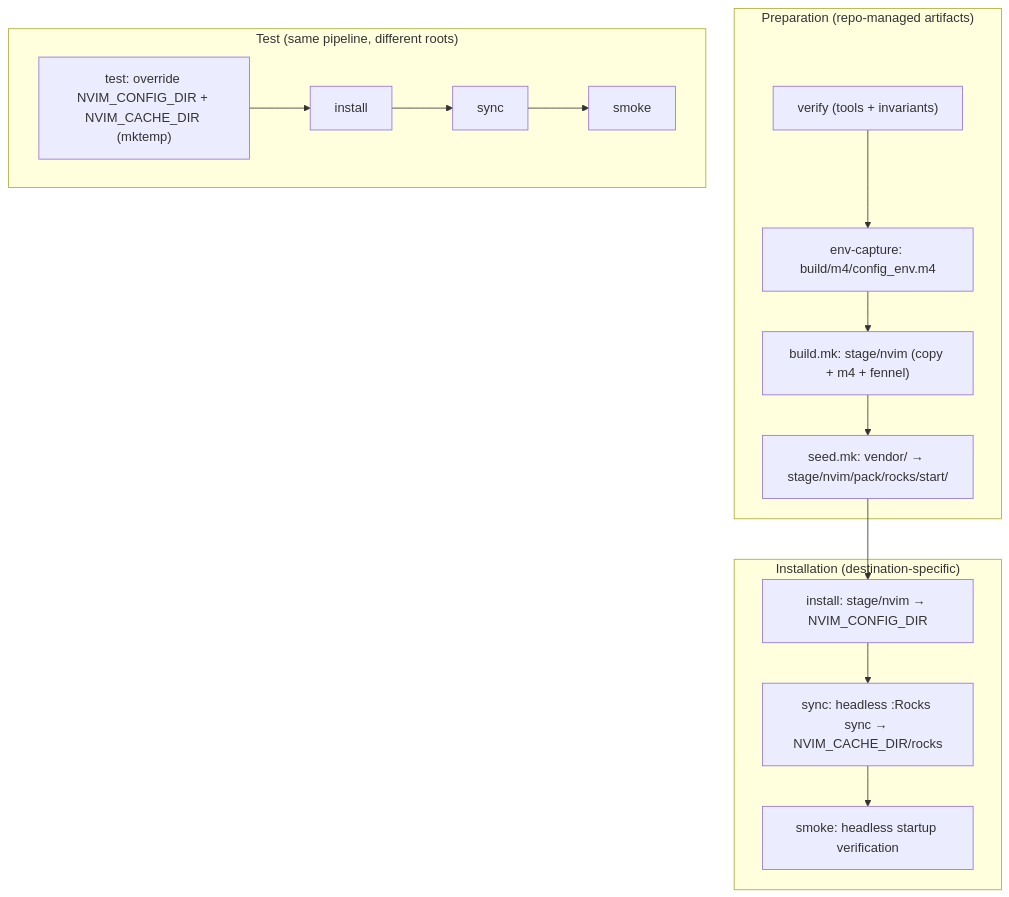
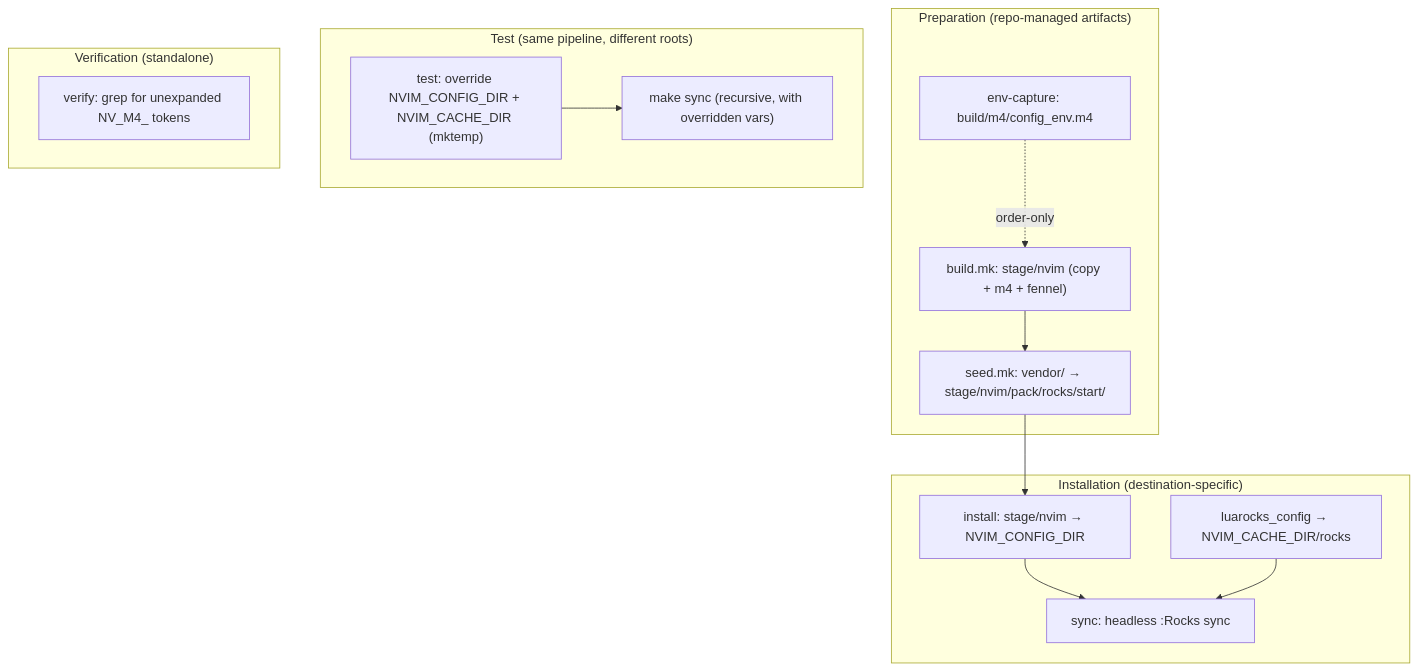
Before and after one commit to andrewjstryker/nvim: the diagram in design.md, drawn with Mermaid. The commit also changed other lines of this file, not shown here.

````diff
--- a/design.md
+++ b/design.md
@@ -406,23 +408,26 @@
 ```mermaid
 flowchart TD
   subgraph Prep["Preparation (repo-managed artifacts)"]
-    V["verify (tools + invariants)"] --> E["env-capture: build/m4/config_env.m4"]
-    E --> B["build.mk: stage/nvim (copy + m4 + fennel)"]
+    E["env-capture: build/m4/config_env.m4"]
+    E -.->|"order-only"| B["build.mk: stage/nvim (copy + m4 + fennel)"]
     B --> SD["seed.mk: vendor/ → stage/nvim/pack/rocks/start/"]
   end
 
   subgraph Install["Installation (destination-specific)"]
     I["install: stage/nvim → NVIM_CONFIG_DIR"]
-    I --> Y["sync: headless :Rocks sync → NVIM_CACHE_DIR/rocks"]
-    Y --> M["smoke: headless startup verification"]
+    LR["luarocks_config → NVIM_CACHE_DIR/rocks"]
+    I --> Y["sync: headless :Rocks sync"]
+    LR --> Y
   end
 
   SD --> I
 
   subgraph Test["Test (same pipeline, different roots)"]
     T["test: override NVIM_CONFIG_DIR + NVIM_CACHE_DIR (mktemp)"]
-    T --> I2["install"]
-    I2 --> Y2["sync"]
-    Y2 --> M2["smoke"]
+    T --> T2["make sync (recursive, with overridden vars)"]
+  end
+
+  subgraph Verify["Verification (standalone)"]
+    V["verify: grep for unexpanded NV_M4_ tokens"]
   end
 ```
````
